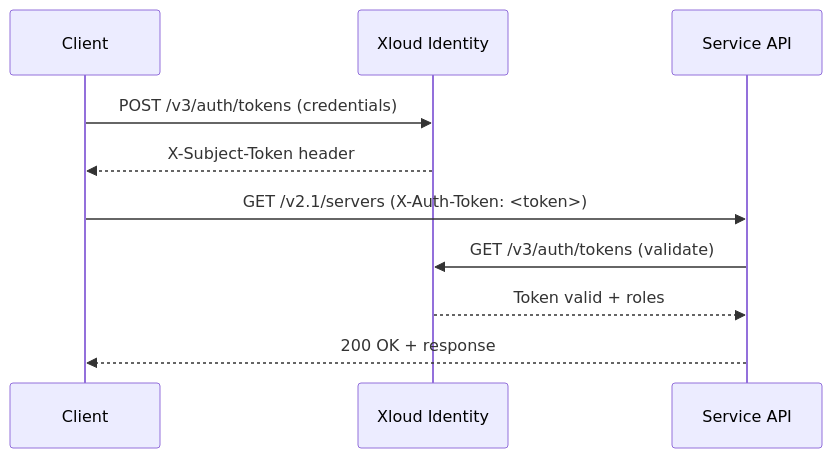
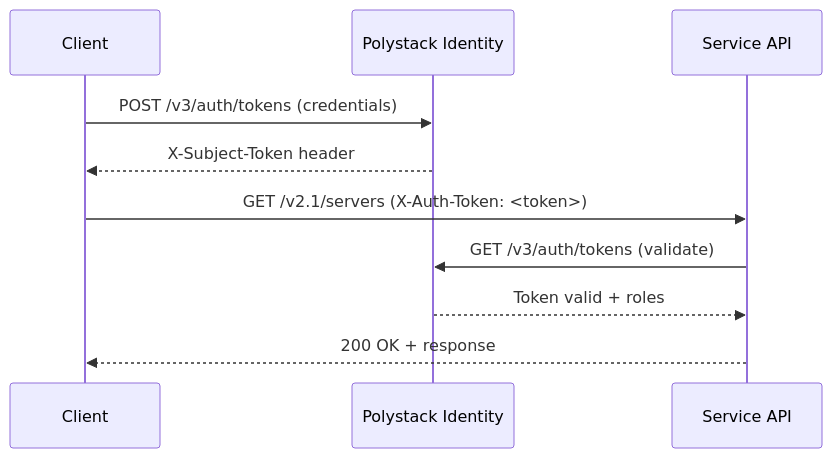
Before and after one commit to ankur-kumar87/docs-polystack: the first of 2 diagrams in security/api-security.mdx, drawn with Mermaid. The commit also changed other lines of this file and 425 other files, not shown here.

````diff
--- a/security/api-security.mdx
+++ b/security/api-security.mdx
@@ -24,12 +24,12 @@
 ```mermaid
 sequenceDiagram
     participant Client
-    participant Keystone as Xloud Identity
+    participant Keystone as Polystack Identity
     participant NovaAPI as Service API
     Client->>Keystone: POST /v3/auth/tokens (credentials)
     Keystone-->>Client: X-Subject-Token header
     Client->>NovaAPI: GET /v2.1/servers (X-Auth-Token: <token>)
     NovaAPI->>Keystone: GET /v3/auth/tokens (validate)
     Keystone-->>NovaAPI: Token valid + roles
     NovaAPI-->>Client: 200 OK + response
 ```
````
